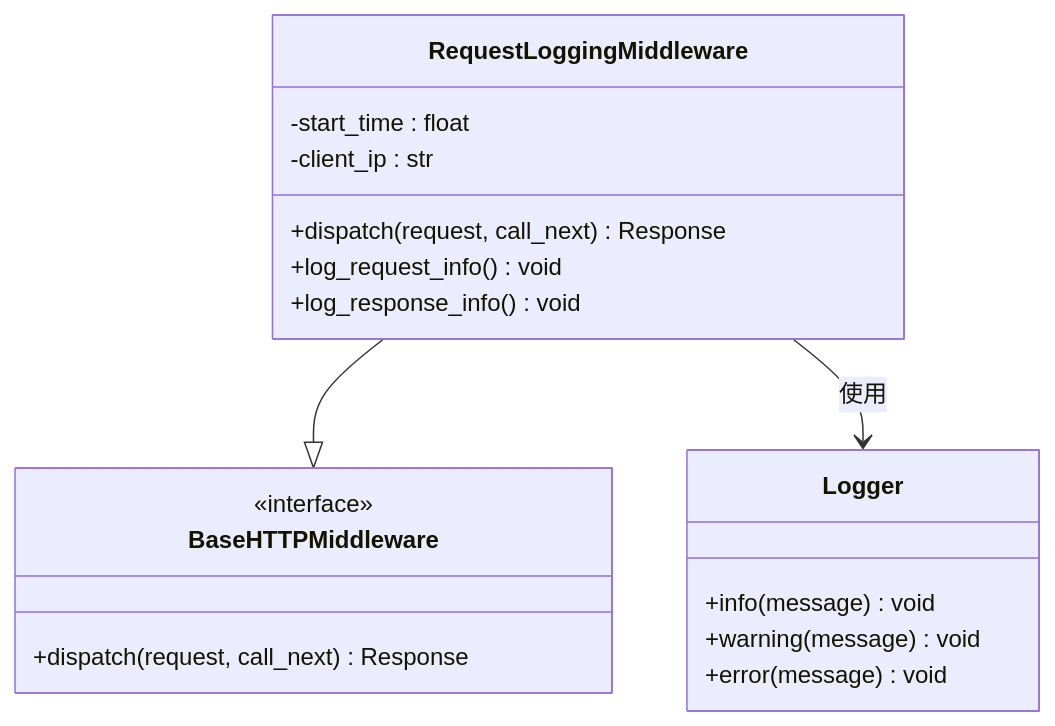
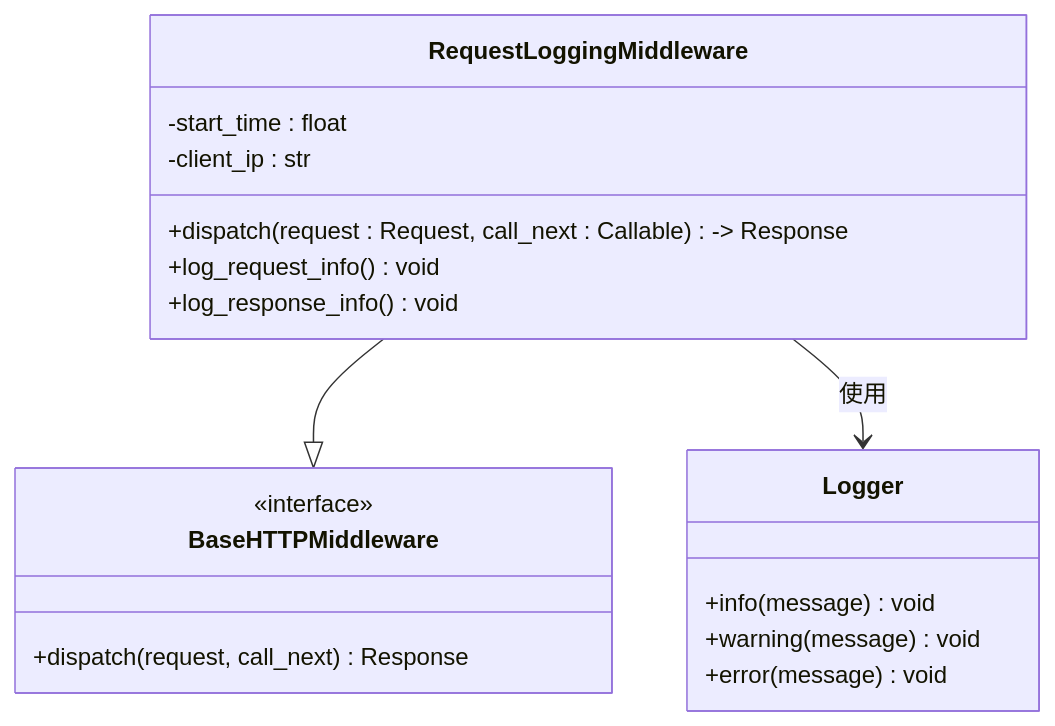
One commit to taoweidong/Hello-FastApi changed the sixth of 9 diagrams in .qoder/repowiki/zh/content/架构设计/中间件系统设计.md. Above: the diagram before and after it, drawn with Mermaid. The commit also changed other lines of this file and 11 other files, not shown here.

````diff
--- a/.qoder/repowiki/zh/content/架构设计/中间件系统设计.md
+++ b/.qoder/repowiki/zh/content/架构设计/中间件系统设计.md
@@ -255,21 +256,21 @@
 ```mermaid
 classDiagram
 class RequestLoggingMiddleware {
-+dispatch(request, call_next) Response
++dispatch(request : Request, call_next : Callable) -> Response
 -start_time : float
 -client_ip : str
 +log_request_info() void
 +log_response_info() void
 }
 class BaseHTTPMiddleware {
 <<interface>>
 +dispatch(request, call_next) Response
 }
 class Logger {
 +info(message) void
 +warning(message) void
 +error(message) void
 }
 RequestLoggingMiddleware --|> BaseHTTPMiddleware
 RequestLoggingMiddleware --> Logger : 使用
 ```
````
